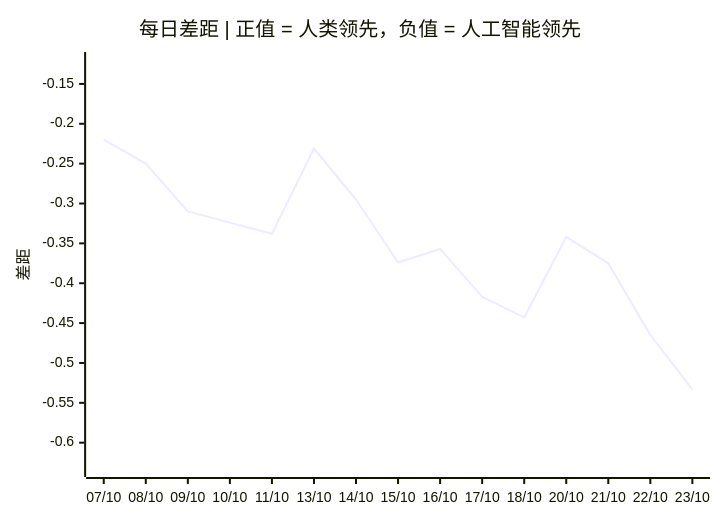
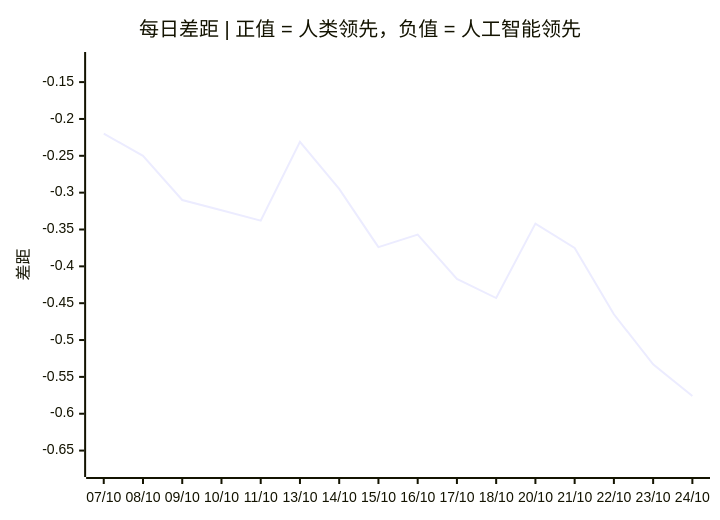
Before and after one commit to VQQLK/Human-AI-Monitor: the third of 3 diagrams in README.zh.md, drawn with Mermaid. The commit also changed other lines of this file and 5 other files, not shown here.

````diff
--- a/README.zh.md
+++ b/README.zh.md
@@ -56,7 +56,7 @@
 ```mermaid
 xychart-beta
     title "每日差距 | 正值 = 人类领先，负值 = 人工智能领先"
-    x-axis ["07/10", "08/10", "09/10", "10/10", "11/10", "13/10", "14/10", "15/10", "16/10", "17/10", "18/10", "20/10", "21/10", "22/10", "23/10"]
-    y-axis "差距" -0.633 --> -0.120
-    line [-0.220, -0.250, -0.310, -0.324, -0.338, -0.231, -0.295, -0.374, -0.357, -0.417, -0.443, -0.342, -0.375, -0.465, -0.533]
+    x-axis ["07/10", "08/10", "09/10", "10/10", "11/10", "13/10", "14/10", "15/10", "16/10", "17/10", "18/10", "20/10", "21/10", "22/10", "23/10", "24/10"]
+    y-axis "差距" -0.675 --> -0.120
+    line [-0.220, -0.250, -0.310, -0.324, -0.338, -0.231, -0.295, -0.374, -0.357, -0.417, -0.443, -0.342, -0.375, -0.465, -0.533, -0.576]
 ```
````
